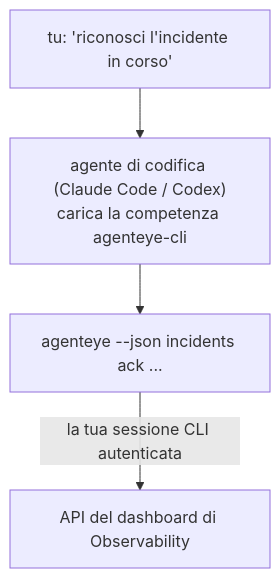
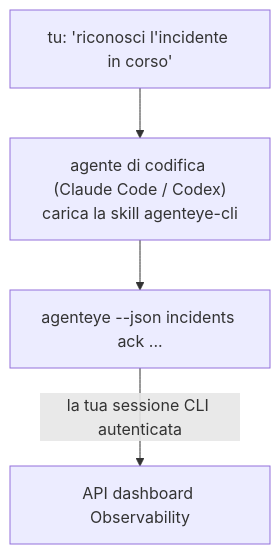
The diagram in docs/it/agenteye/cli-skill.mdx (FailproofAI/failproofai), drawn with Mermaid before and after one commit. The commit also changed other lines of this file and 654 other files, not shown here.

````diff
--- a/docs/it/agenteye/cli-skill.mdx
+++ b/docs/it/agenteye/cli-skill.mdx
@@ -29,6 +27,6 @@
 ```mermaid
 flowchart TD
-    YOU["tu: 'riconosci l'incidente in corso'"] --> AGENT["agente di codifica (Claude Code / Codex)<br/>carica la competenza agenteye-cli"]
+    YOU["tu: 'riconosci l'incidente in corso'"] --> AGENT["agente di codifica (Claude Code / Codex)<br/>carica la skill agenteye-cli"]
     AGENT --> CLI["agenteye --json incidents ack ..."]
-    CLI -->|la tua sessione CLI autenticata| API["API del dashboard di Observability"]
+    CLI -->|la tua sessione CLI autenticata| API["API dashboard Observability"]
 ```
````
